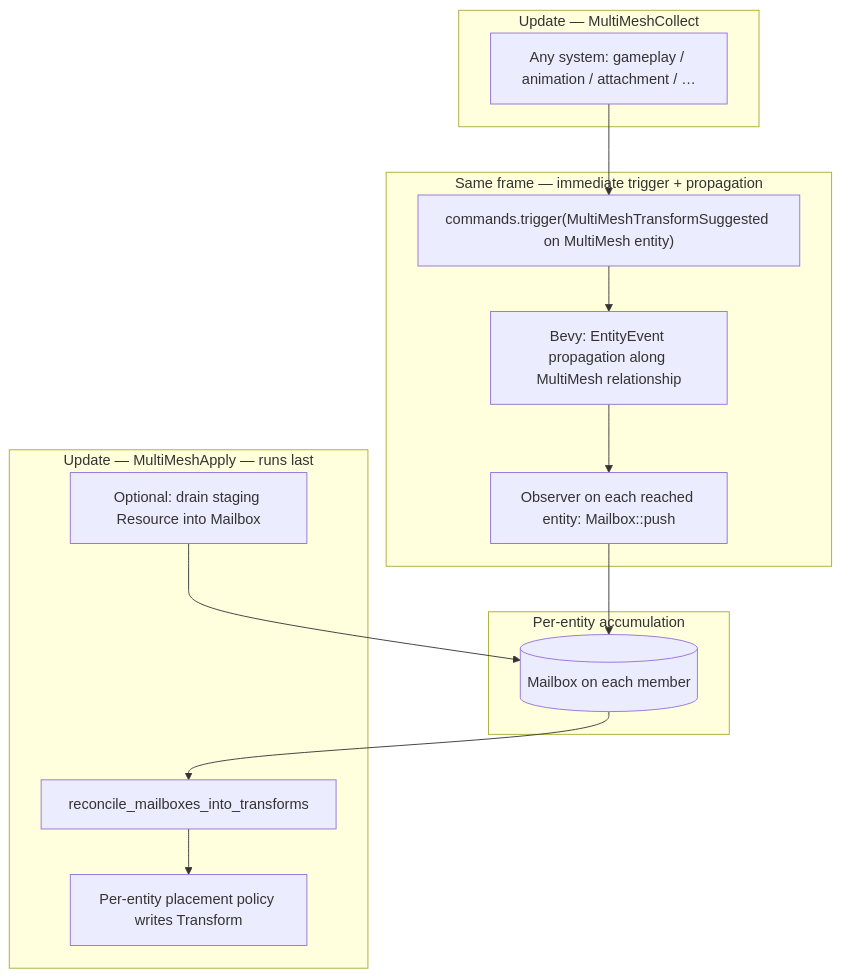
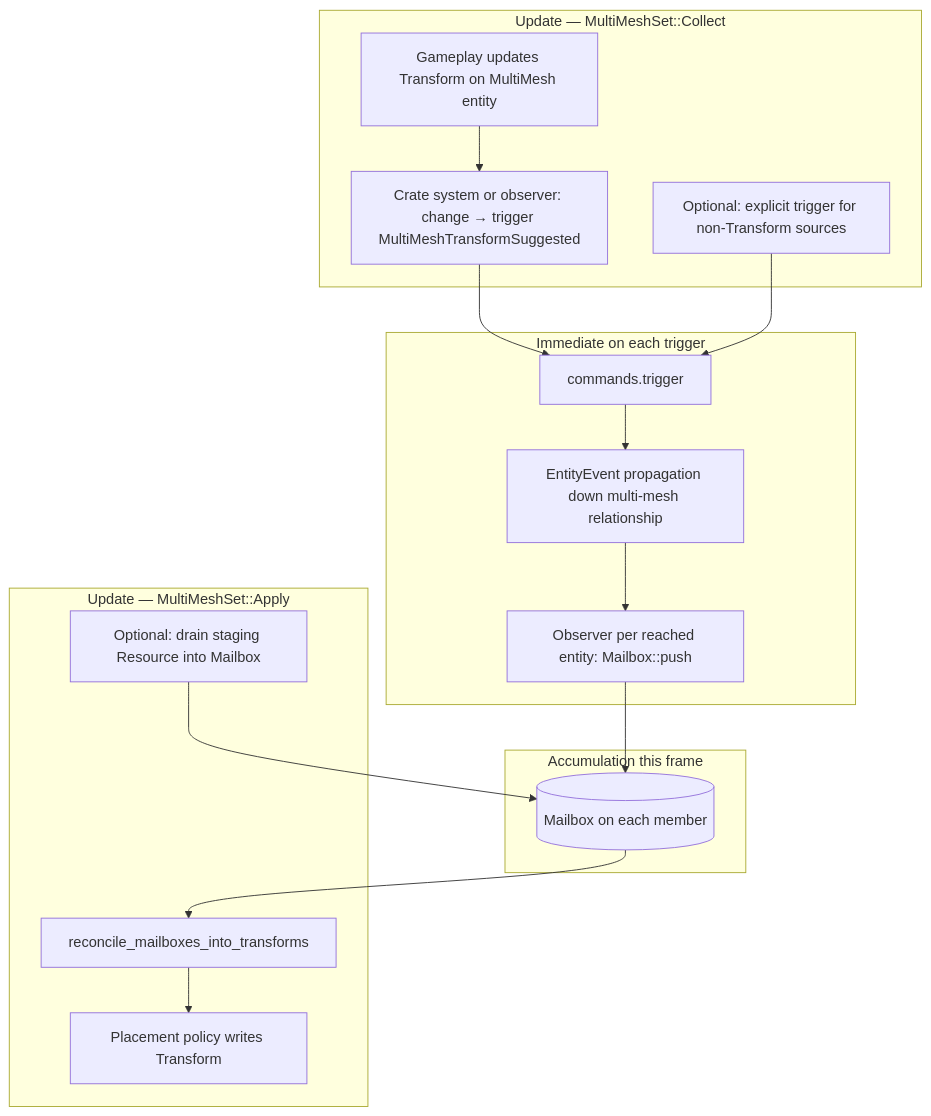
The first of 2 diagrams in rfc/rfc-000-00n-bevy-multi-mesh/README.md (ramate-io/maybraid), drawn with Mermaid before and after one commit. The commit also changed other lines of this file, not shown here.

````diff
--- a/rfc/rfc-000-00n-bevy-multi-mesh/README.md
+++ b/rfc/rfc-000-00n-bevy-multi-mesh/README.md
@@ -201,26 +193,30 @@
 ```mermaid
 flowchart TB
-    subgraph early [Update — MultiMeshCollect]
-        G[Any system: gameplay / animation / attachment / …]
+    subgraph collect [Update — MultiMeshSet::Collect]
+        TC[Gameplay updates Transform on MultiMesh entity]
+        BR[Crate system or observer: change → trigger MultiMeshTransformSuggested]
+        EX[Optional: explicit trigger for non-Transform sources]
     end
-    subgraph immediate [Same frame — immediate trigger + propagation]
-        TR["commands.trigger(MultiMeshTransformSuggested on MultiMesh entity)"]
-        EP[Bevy: EntityEvent propagation along MultiMesh relationship]
-        OB[Observer on each reached entity: Mailbox::push]
+    subgraph immediate [Immediate on each trigger]
+        TR[commands.trigger]
+        EP[EntityEvent propagation down multi-mesh relationship]
+        OB[Observer per reached entity: Mailbox::push]
     end
-    subgraph buffers [Per-entity accumulation]
+    subgraph buffers [Accumulation this frame]
         MB[(Mailbox on each member)]
     end
-    subgraph late [Update — MultiMeshApply — runs last]
+    subgraph apply [Update — MultiMeshSet::Apply]
         ST[Optional: drain staging Resource into Mailbox]
         RC[reconcile_mailboxes_into_transforms]
-        PL[Per-entity placement policy writes Transform]
+        PL[Placement policy writes Transform]
     end
-    G --> TR
+    TC --> BR
+    BR --> TR
+    EX --> TR
     TR --> EP
     EP --> OB
     OB --> MB
     ST --> MB
     MB --> RC
     RC --> PL
 ```
````
